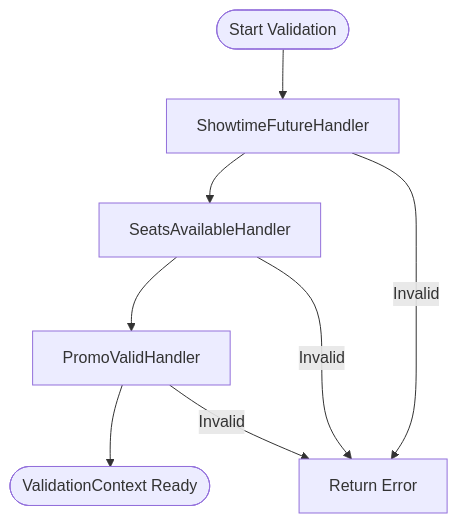
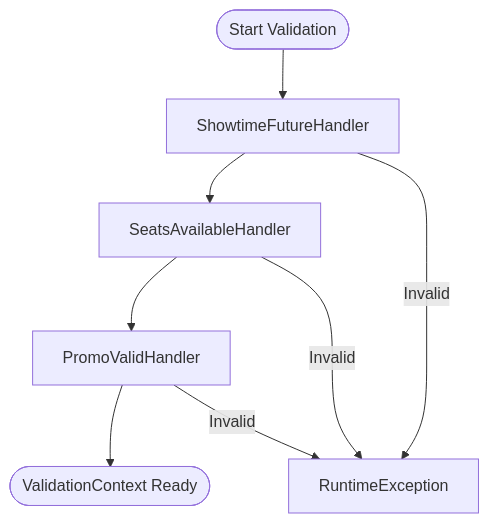
Before and after one commit to anhtudayne/Design_Pattern: the fifth of 8 diagrams in .qoder/repowiki/en/content/Design Patterns Implementation/Dynamic Pricing Engine.md, drawn with Mermaid. The commit also changed other lines of this file and 10 other files, not shown here.

````diff
--- a/.qoder/repowiki/en/content/Design Patterns Implementation/Dynamic Pricing Engine.md
+++ b/.qoder/repowiki/en/content/Design Patterns Implementation/Dynamic Pricing Engine.md
@@ -410,10 +313,10 @@
 ```mermaid
 flowchart TD
 Start(["Start Validation"]) --> Future["ShowtimeFutureHandler"]
 Future --> Avail["SeatsAvailableHandler"]
 Avail --> Promo["PromoValidHandler"]
 Promo --> Done(["ValidationContext Ready"])
-Future --> |Invalid| Error["Return Error"]
+Future --> |Invalid| Error["RuntimeException"]
 Avail --> |Invalid| Error
 Promo --> |Invalid| Error
 ```
````
